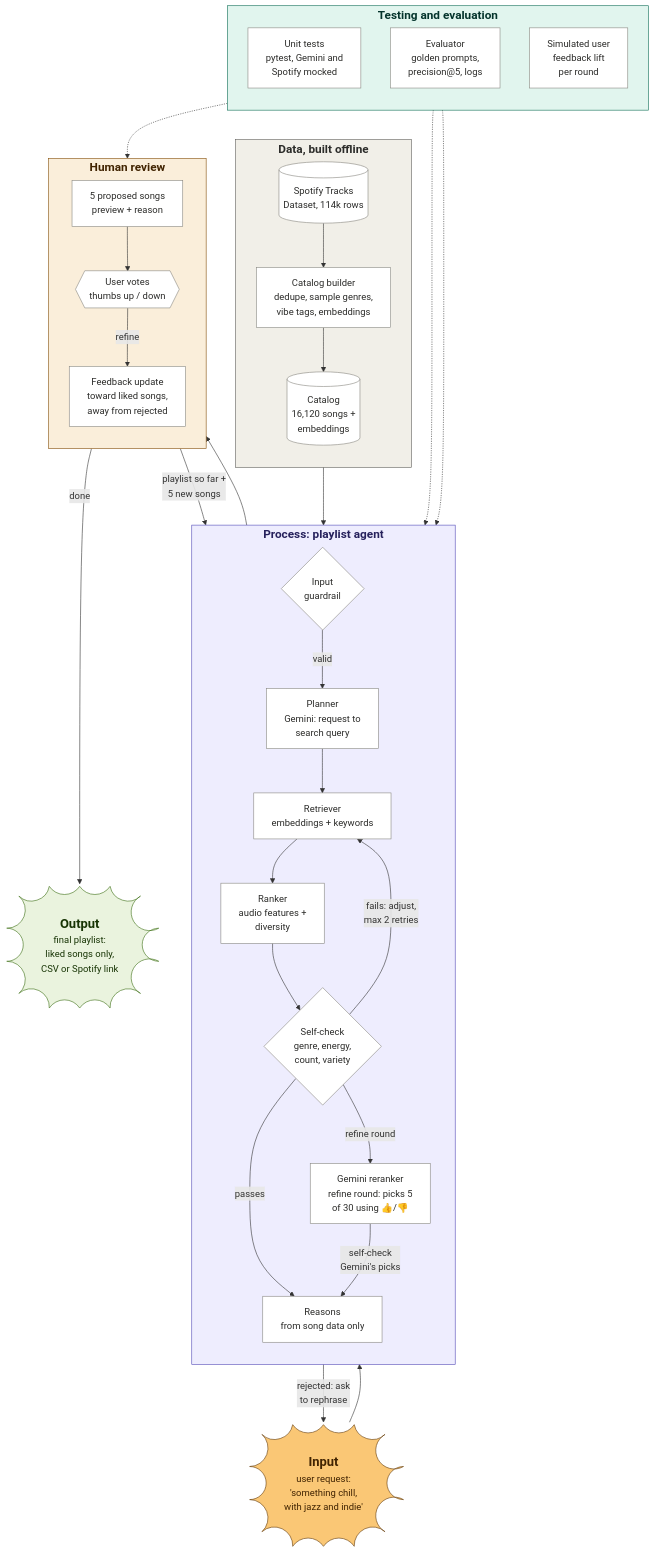
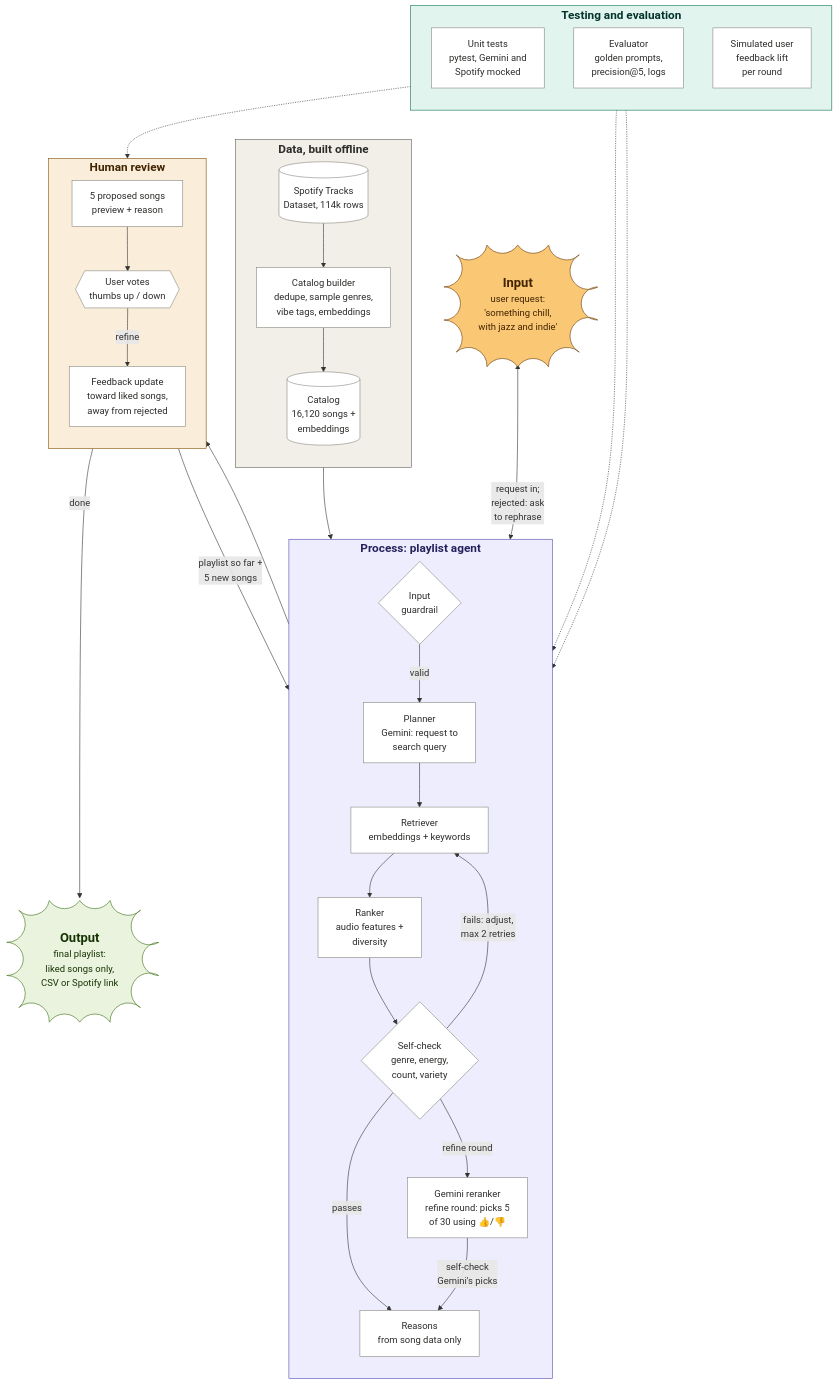
The diagram in README.md (jesy-codes/music-recs-ai-system), drawn with Mermaid before and after one commit. The commit also changed 1 other file, not shown here.

Commit message:
Keep Input at the top of the diagram on GitHub
The Input -> guardrail and guardrail -> Input arrows formed a loop that
GitHub's Mermaid renderer resolved by drawing Input at the bottom. One
two-way arrow replaces them, in the .mmd file and the README copy.

````diff
--- a/README.md
+++ b/README.md
@@ -41,65 +41,64 @@
 ```mermaid
 flowchart TB
     USER@{ shape: bang, label: "<b style='font-size:22px'>Input</b><br/>user request:<br/>'something chill,<br/>with jazz and indie'" }
 
     subgraph DATA["<b style='font-size:20px'>Data, built offline</b>"]
         direction TB
         RAW[("Spotify Tracks<br/>Dataset, 114k rows")]
         BUILD["Catalog builder<br/>dedupe, sample genres,<br/>vibe tags, embeddings"]
         DB[("Catalog<br/>16,120 songs +<br/>embeddings")]
         RAW --> BUILD --> DB
     end
 
     subgraph AGENT["<b style='font-size:20px'>Process: playlist agent</b>"]
         direction TB
         GUARD{"Input<br/>guardrail"}
         PLAN["Planner<br/>Gemini: request to<br/>search query"]
         RET["Retriever<br/>embeddings + keywords"]
         RANK["Ranker<br/>audio features +<br/>diversity"]
         CHECK{"Self-check<br/>genre, energy,<br/>count, variety"}
         EXPL["Reasons<br/>from song data only"]
         RERANK["Gemini reranker<br/>refine round: picks 5<br/>of 30 using 👍/👎"]
         GUARD -- valid --> PLAN --> RET --> RANK --> CHECK
         CHECK -- "fails: adjust,<br/>max 2 retries" --> RET
         CHECK -- passes --> EXPL
         CHECK -- "refine round" --> RERANK
         RERANK -- "self-check<br/>Gemini's picks" --> EXPL
     end
 
     subgraph HUMAN["<b style='font-size:20px'>Human review</b>"]
         direction TB
         SHOW["5 proposed songs<br/>preview + reason"]
         VOTE{{"User votes<br/>thumbs up / down"}}
         FB["Feedback update<br/>toward liked songs,<br/>away from rejected"]
         SHOW --> VOTE
         VOTE -- refine --> FB
     end
 
     OUT@{ shape: bang, label: "<b style='font-size:22px'>Output</b><br/>final playlist:<br/>liked songs only,<br/>CSV or Spotify link" }
 
     subgraph TEST["<b style='font-size:20px'>Testing and evaluation</b>"]
         direction TB
         UNIT["Unit tests<br/>pytest, Gemini and<br/>Spotify mocked"]
         EVAL["Evaluator<br/>golden prompts,<br/>precision@5, logs"]
         SIM["Simulated user<br/>feedback lift<br/>per round"]
     end
 
-    USER --> GUARD
-    GUARD -- "rejected: ask<br/>to rephrase" --> USER
+    USER <-- "request in;<br/>rejected: ask<br/>to rephrase" --> GUARD
     DB --> RET
     EXPL --> SHOW
     FB -- "playlist so far +<br/>5 new songs" --> RET
     VOTE -- done --> OUT
 
     UNIT -.-> AGENT
     EVAL -.-> AGENT
     SIM -.-> VOTE
 
     classDef default fill:#FFFFFF,stroke:#888780,color:#2C2C2A
     style DATA  fill:#F1EFE8,stroke:#5F5E5A,color:#2C2C2A
     style AGENT fill:#EEEDFE,stroke:#534AB7,color:#26215C
     style HUMAN fill:#FAEEDA,stroke:#854F0B,color:#412402
     style TEST  fill:#E1F5EE,stroke:#0F6E56,color:#04342C
     style USER  fill:#FAC775,stroke:#633806,color:#412402
     style OUT   fill:#EAF3DE,stroke:#3B6D11,color:#173404
 ```
````
